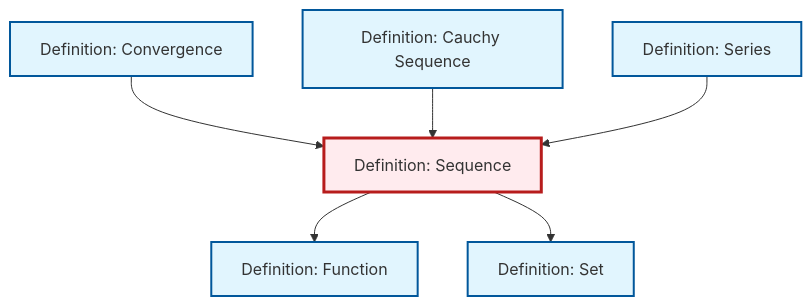
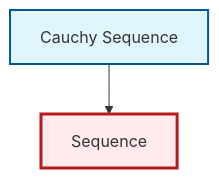
The diagram in content/en/analysis/def-sequence.qmd (RK0429/ModernMath), drawn with Mermaid before and after one commit. The commit also changed 328 other files, not shown here.

````diff
--- a/content/en/analysis/def-sequence.qmd
+++ b/content/en/analysis/def-sequence.qmd
@@ -76,26 +76,14 @@
 ```{mermaid}
 %%| fig-cap: "Local dependency graph"
 graph TD
     classDef definition fill:#e1f5fe,stroke:#01579b,stroke-width:2px
     classDef theorem fill:#f3e5f5,stroke:#4a148c,stroke-width:2px
     classDef axiom fill:#fff3e0,stroke:#e65100,stroke-width:2px
     classDef example fill:#e8f5e9,stroke:#1b5e20,stroke-width:2px
     classDef current fill:#ffebee,stroke:#b71c1c,stroke-width:3px
-    def-cauchy-sequence["Definition: Cauchy Sequence"]:::definition
-    def-set["Definition: Set"]:::definition
-    def-convergence["Definition: Convergence"]:::definition
-    def-function["Definition: Function"]:::definition
-    def-series["Definition: Series"]:::definition
-    def-sequence["Definition: Sequence"]:::definition
-    def-sequence --> def-function
-    def-convergence --> def-sequence
-    def-sequence --> def-set
+    def-sequence["Sequence"]:::definition
+    def-cauchy-sequence["Cauchy Sequence"]:::definition
     def-cauchy-sequence --> def-sequence
-    def-series --> def-sequence
     class def-sequence current
-    click def-cauchy-sequence "def-cauchy-sequence.html" "Go to Cauchy Sequence definition"
-    click def-set "def-set.html" "Go to Set definition"
-    click def-convergence "def-convergence.html" "Go to Convergence definition"
-    click def-function "def-function.html" "Go to Function definition"
-    click def-series "def-series.html" "Go to Series definition"
+    click def-cauchy-sequence "def-cauchy-sequence.html" "Go to Cauchy Sequence"
 ```
````
